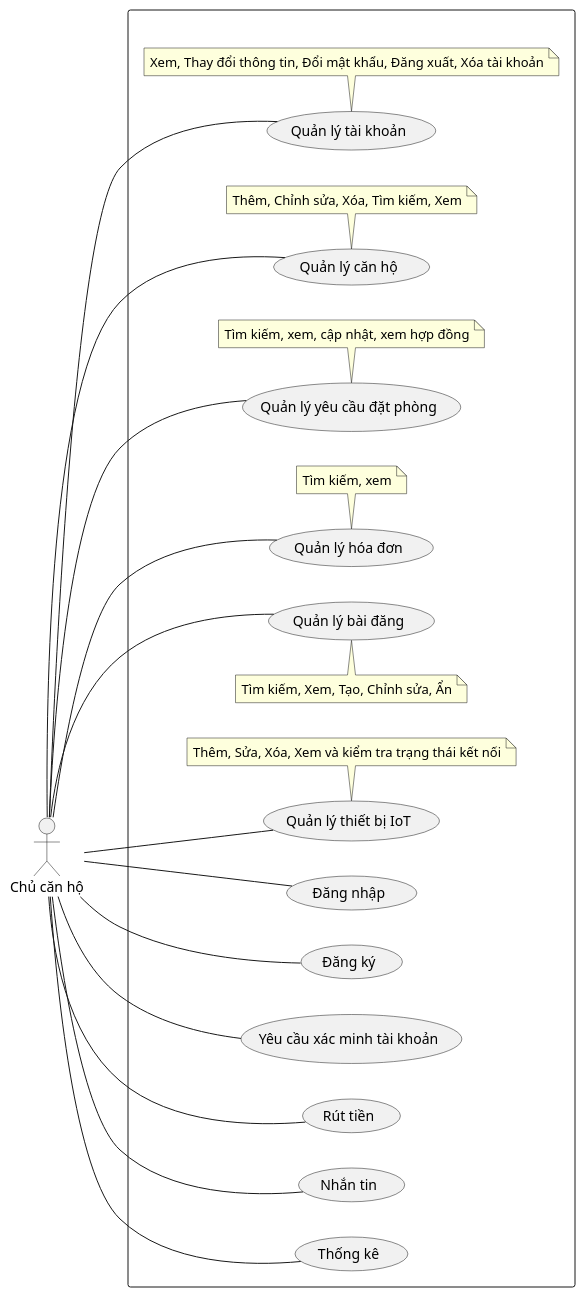
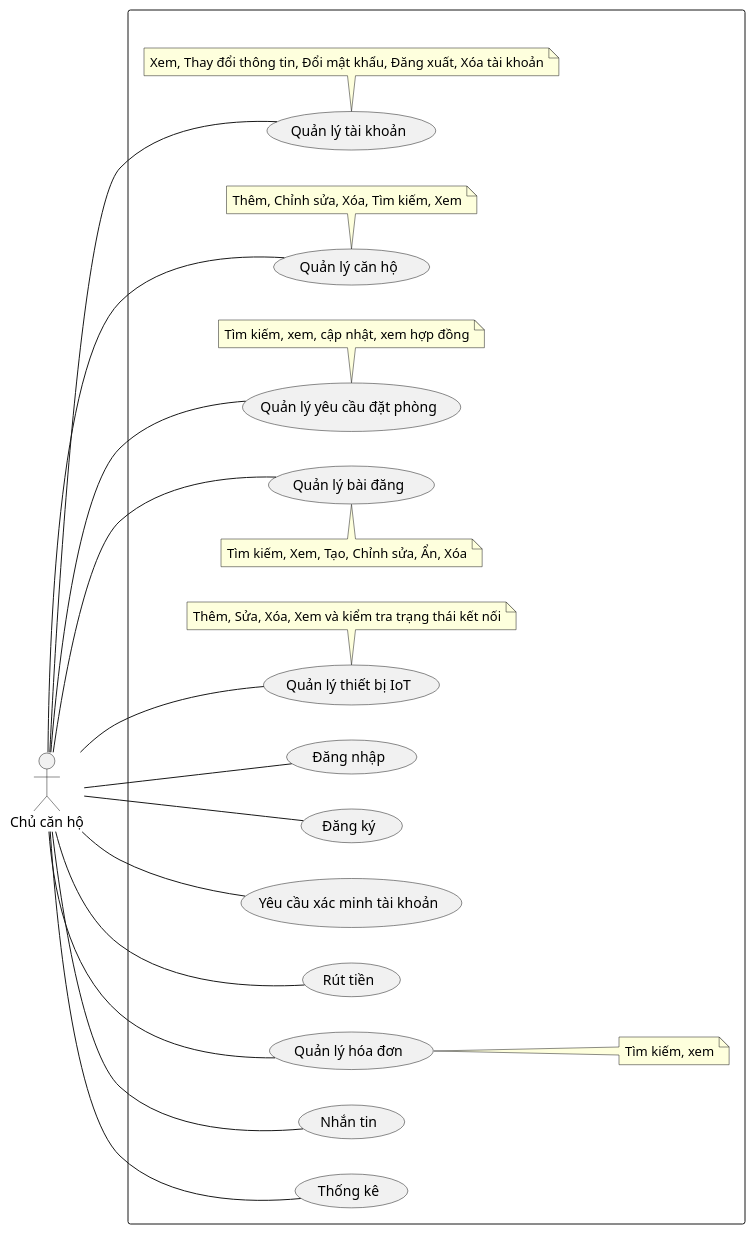
The diagram in diagrams/usecase_owner.puml (nho-moi-so/quan-ly-tim-kiem-phong-tro), drawn with PlantUML before and after one commit. The commit also changed 19 other files, not shown here.

Commit message:
feat: initialize architecture diagrams and implement owner profile and feature structures

```diff
--- a/diagrams/usecase_owner.puml
+++ b/diagrams/usecase_owner.puml
@@ -2,75 +2,75 @@
 @startuml usecase_owner-diagram
 ' skinparam shadowing false
 ' skinparam backgroundColor #f9f9f9
 ' skinparam usecase {
 '     BackgroundColor #e6f7ff
 '     BorderColor #1890ff
 '     FontColor #000000
 '     FontSize 14
 '     Shadowing true
 ' }
 ' skinparam actor {
 '     BackgroundColor #fff2e8
 '     BorderColor #fa8c16
 '     FontColor #000000
 '     FontSize 14
 ' }
 ' skinparam rectangle {
 '     BackgroundColor #fffbe6
 '     BorderColor #d48806
 '     FontColor #000000
 '     FontSize 18
 '     Shadowing true
 ' }
 ' skinparam note{
 '     BackgroundColor #faf2b9
 '     BorderColor #c51c1c
 ' }
 left to right direction
 
 actor "Chủ căn hộ" as Owner
 
 rectangle "  "{
 usecase "Đăng nhập" as login
 usecase "Đăng ký" as register
 usecase "Quản lý tài khoản" as manage_account
 note bottom of manage_account: Xem, Thay đổi thông tin, Đổi mật khẩu, Đăng xuất, Xóa tài khoản
 
 usecase "Yêu cầu xác minh tài khoản" as request_owner_verification
 
 usecase "Rút tiền" as withdraw
 
 usecase "Quản lý căn hộ" as manage_apartment
 note bottom of manage_apartment: Thêm, Chỉnh sửa, Xóa, Tìm kiếm, Xem
 
 usecase "Quản lý yêu cầu đặt phòng" as manage_booking
 note bottom of manage_booking: Tìm kiếm, xem, cập nhật, xem hợp đồng
 
 
 
 usecase "Quản lý hóa đơn" as manage_invoice
-note bottom of manage_invoice: Tìm kiếm, xem
+note right of manage_invoice: Tìm kiếm, xem
 
 usecase "Quản lý bài đăng" as manage_post
-note top of manage_post: Tìm kiếm, Xem, Tạo, Chỉnh sửa, Ẩn
+note top of manage_post: Tìm kiếm, Xem, Tạo, Chỉnh sửa, Ẩn, Xóa
 
 usecase "Nhắn tin" as messaging
 usecase "Thống kê" as statistics
 
 usecase "Quản lý thiết bị IoT" as manage_iot_devices
 note bottom of manage_iot_devices: Thêm, Sửa, Xóa, Xem và kiểm tra trạng thái kết nối
 
 (Owner) -- (login)
 (Owner) -- (register)
 (Owner) -- (manage_account)
 (Owner) -- (request_owner_verification)
 (Owner) -- (manage_apartment)
 (Owner) -- (manage_booking)
 (Owner) -- (manage_invoice)
 (manage_post) --- (Owner)
 (messaging) --- (Owner)
 (statistics) -- (Owner)
 (manage_iot_devices) -- (Owner)
 (withdraw) -- (Owner)
 }
 @enduml
```
